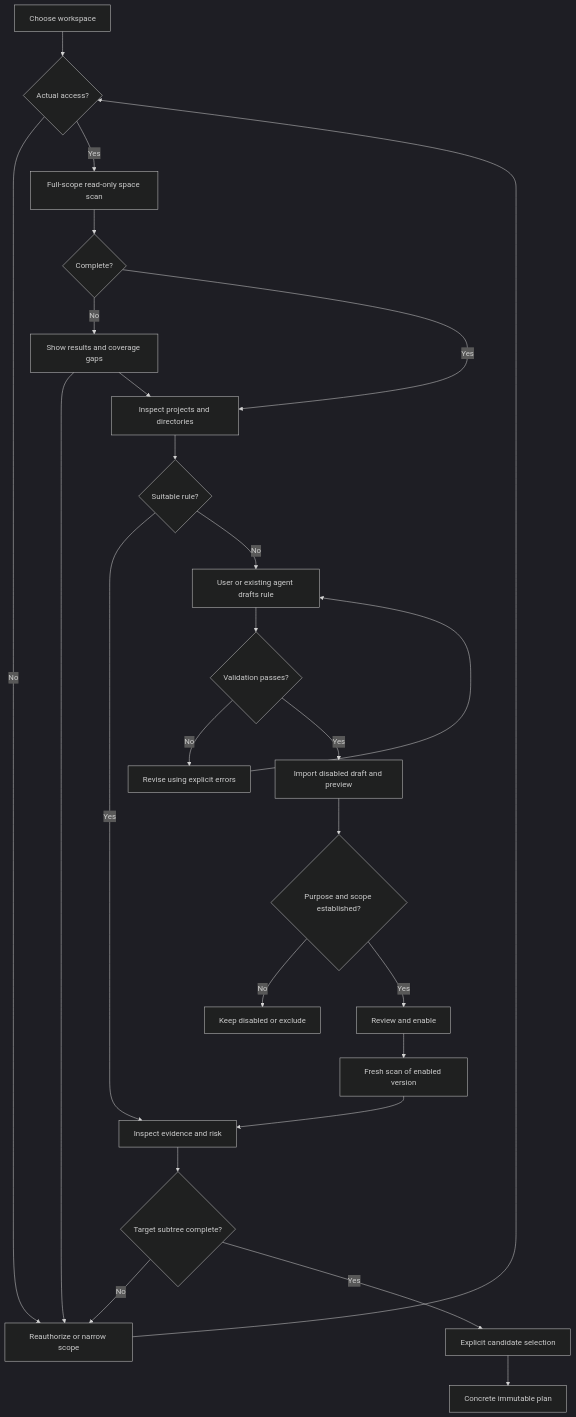
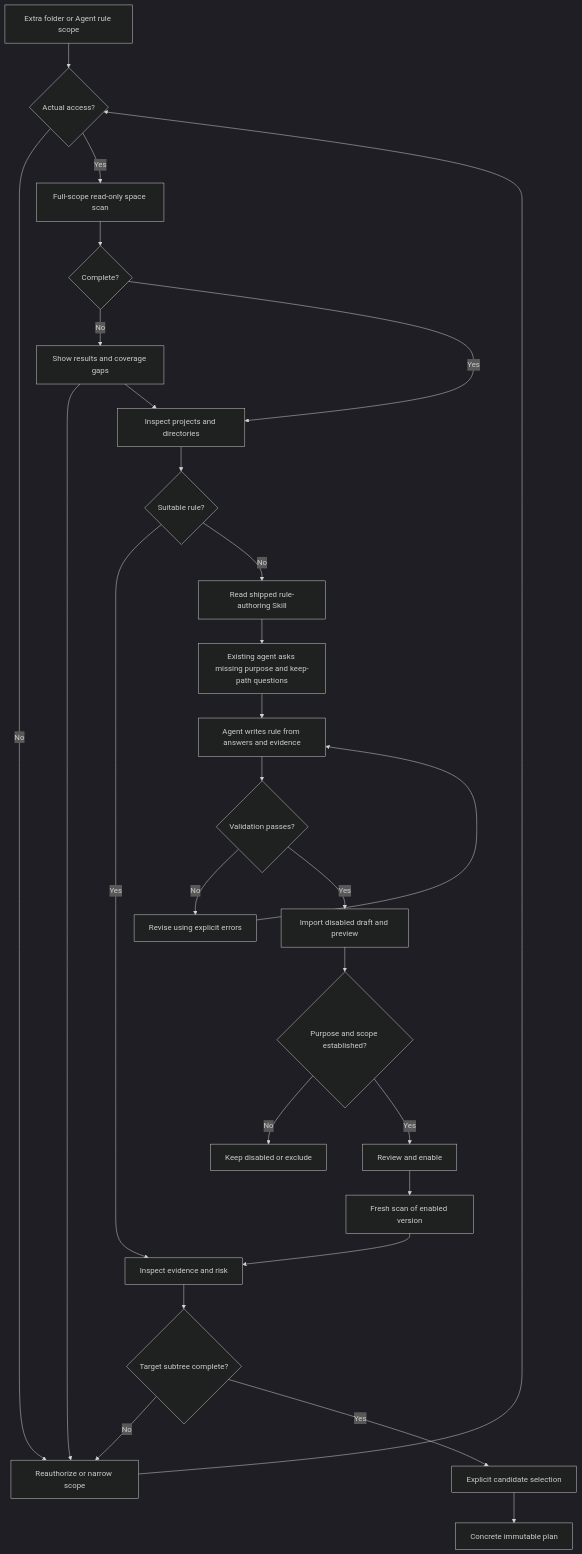
One commit to limecloud/shou changed the third of 8 diagrams in docs/architecture/workflows-and-sequences.md. Above: the diagram before and after it, drawn with Mermaid (dark theme). The commit also changed other lines of this file and 99 other files, not shown here.

````diff
--- a/docs/architecture/workflows-and-sequences.md
+++ b/docs/architecture/workflows-and-sequences.md
@@ -30,28 +60,30 @@
 ```mermaid
 flowchart TD
-    Root[Choose workspace] --> Access{Actual access?}
+    Root[Extra folder or Agent rule scope] --> Access{Actual access?}
     Access -->|No| Grant[Reauthorize or narrow scope]
     Grant --> Access
     Access -->|Yes| Scan[Full-scope read-only space scan]
     Scan --> Full{Complete?}
     Full -->|No| Partial[Show results and coverage gaps]
     Partial --> Grant
     Partial --> Inspect
     Full -->|Yes| Inspect[Inspect projects and directories]
     Inspect --> Known{Suitable rule?}
     Known -->|Yes| Evidence[Inspect evidence and risk]
-    Known -->|No| Draft[User or existing agent drafts rule]
+    Known -->|No| Skill[Read shipped rule-authoring Skill]
+    Skill --> Questions[Existing agent asks missing purpose and keep-path questions]
+    Questions --> Draft[Agent writes rule from answers and evidence]
     Draft --> Valid{Validation passes?}
     Valid -->|No| Revise[Revise using explicit errors]
     Revise --> Draft
     Valid -->|Yes| Import[Import disabled draft and preview]
     Import --> Review{Purpose and scope established?}
     Review -->|No| Exclude[Keep disabled or exclude]
     Review -->|Yes| Enable[Review and enable]
     Enable --> Rescan[Fresh scan of enabled version]
     Rescan --> Evidence
     Evidence --> Target{Target subtree complete?}
     Target -->|No| Grant
     Target -->|Yes| Select[Explicit candidate selection]
     Select --> Plan[Concrete immutable plan]
 ```
````
